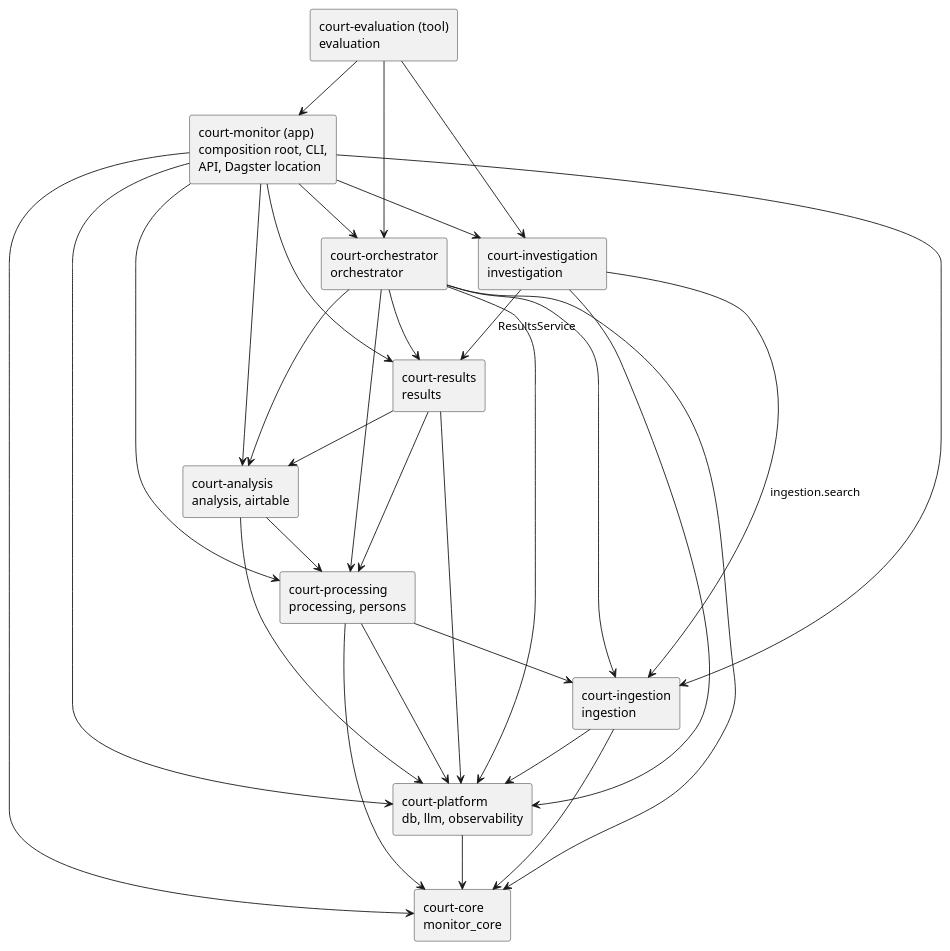
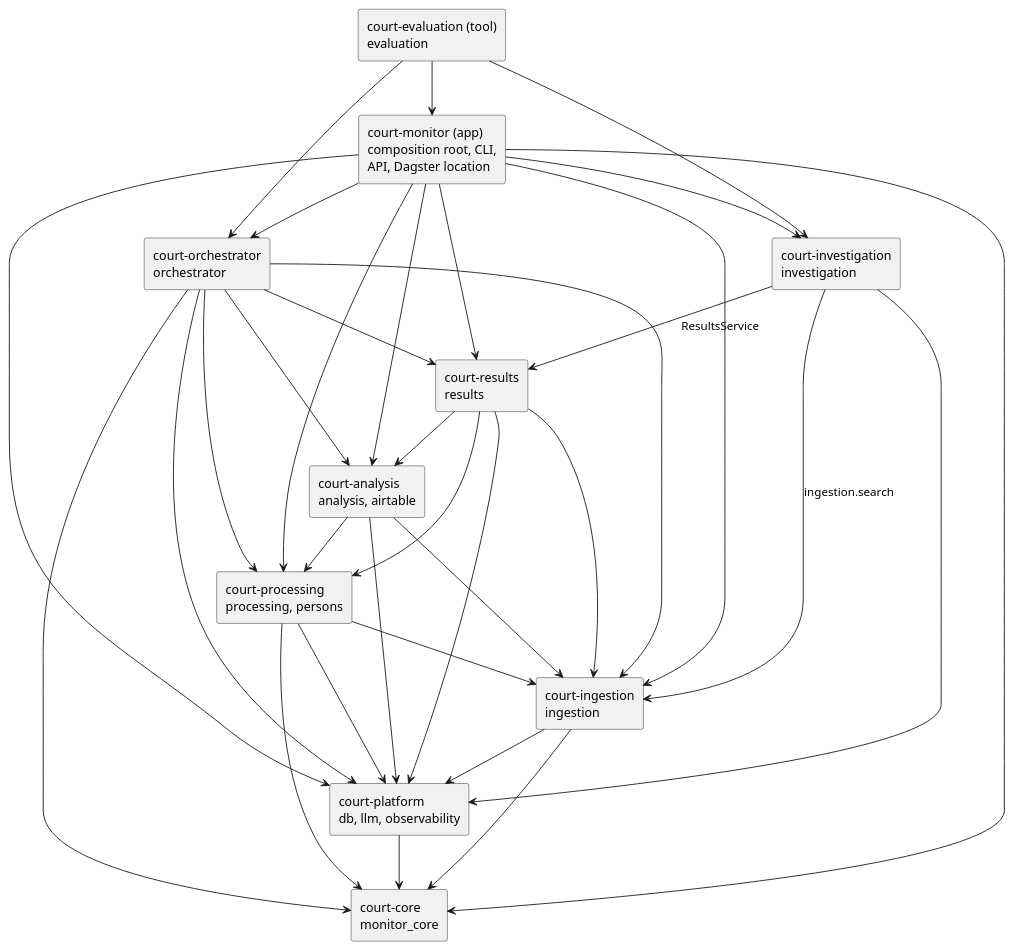
One commit to megannnn98/court-monitor changed the diagram in docs/architecture/package-map.md. Above: the diagram before and after it, drawn with PlantUML. The commit also changed other lines of this file and 52 other files, not shown here.

````diff
--- a/docs/architecture/package-map.md
+++ b/docs/architecture/package-map.md
@@ -59,47 +61,49 @@
 ```plantuml
 @startuml
 skinparam componentStyle rectangle
 component "court-core\nmonitor_core" as core
 component "court-platform\ndb, llm, observability" as platform
 component "court-ingestion\ningestion" as ingestion
 component "court-processing\nprocessing, persons" as processing
 component "court-analysis\nanalysis, airtable" as analysis
 component "court-results\nresults" as results
 component "court-investigation\ninvestigation" as investigation
 component "court-orchestrator\norchestrator" as orchestrator
 component "court-monitor (app)\ncomposition root, CLI,\nAPI, Dagster location" as app
 component "court-evaluation (tool)\nevaluation" as evaluation
 
 platform --> core
 ingestion --> platform
 ingestion --> core
 processing --> ingestion
 processing --> platform
 processing --> core
 analysis --> processing
+analysis --> ingestion
 analysis --> platform
 results --> analysis
 results --> processing
+results --> ingestion
 results --> platform
 investigation --> results : ResultsService
 investigation --> ingestion : ingestion.search
 investigation --> platform
 orchestrator --> ingestion
 orchestrator --> processing
 orchestrator --> analysis
 orchestrator --> results
 orchestrator --> platform
 orchestrator --> core
 app --> orchestrator
 app --> investigation
 app --> results
 app --> analysis
 app --> processing
 app --> ingestion
 app --> platform
 app --> core
 evaluation --> app
 evaluation --> orchestrator
 evaluation --> investigation
 @enduml
 ```
````
